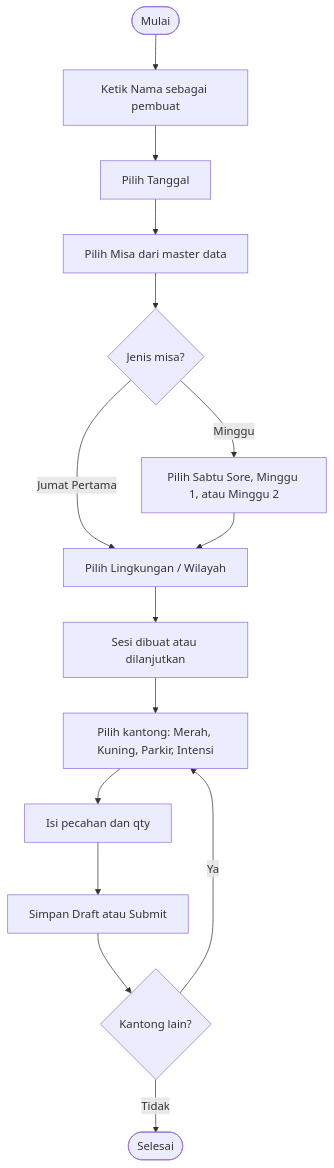
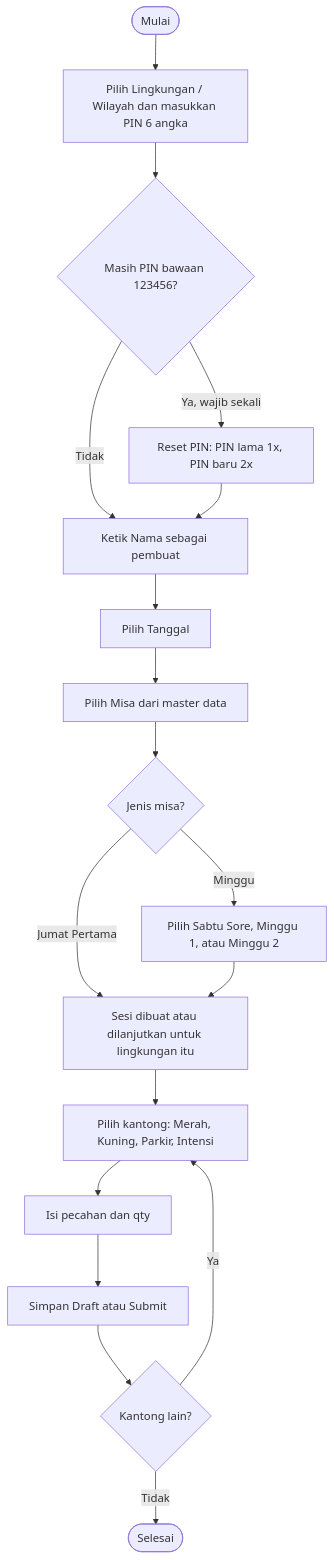
One commit to vicaanne2014/kolekte.ygp changed the second of 12 diagrams in docs/PRD_Sistem_Kolekte.md. Above: the diagram before and after it, drawn with Mermaid. The commit also changed other lines of this file and 21 other files, not shown here.

First line of the commit message:
Login PWA lingkungan + PIN, Lingkungan jadi master CRUD, laporan per lingkungan

````diff
--- a/docs/PRD_Sistem_Kolekte.md
+++ b/docs/PRD_Sistem_Kolekte.md
@@ -145,17 +165,20 @@
 ```mermaid
 flowchart TD
-    A([Mulai]) --> B["Ketik Nama sebagai pembuat"]
+    A([Mulai]) --> M0["Pilih Lingkungan / Wilayah dan masukkan PIN 6 angka"]
+    M0 --> P{"Masih PIN bawaan 123456?"}
+    P -->|"Ya, wajib sekali"| P1["Reset PIN: PIN lama 1x, PIN baru 2x"]
+    P -->|Tidak| B
+    P1 --> B["Ketik Nama sebagai pembuat"]
     B --> C["Pilih Tanggal"]
     C --> D["Pilih Misa dari master data"]
     D --> E{"Jenis misa?"}
     E -->|Minggu| F["Pilih Sabtu Sore, Minggu 1, atau Minggu 2"]
-    E -->|"Jumat Pertama"| G
-    F --> G["Pilih Lingkungan / Wilayah"]
-    G --> H["Sesi dibuat atau dilanjutkan"]
+    E -->|"Jumat Pertama"| H
+    F --> H["Sesi dibuat atau dilanjutkan untuk lingkungan itu"]
     H --> I["Pilih kantong: Merah, Kuning, Parkir, Intensi"]
     I --> J["Isi pecahan dan qty"]
     J --> K["Simpan Draft atau Submit"]
     K --> L{"Kantong lain?"}
     L -->|Ya| I
-    L -->|Tidak| M([Selesai])
+    L -->|Tidak| N([Selesai])
 ```
````
